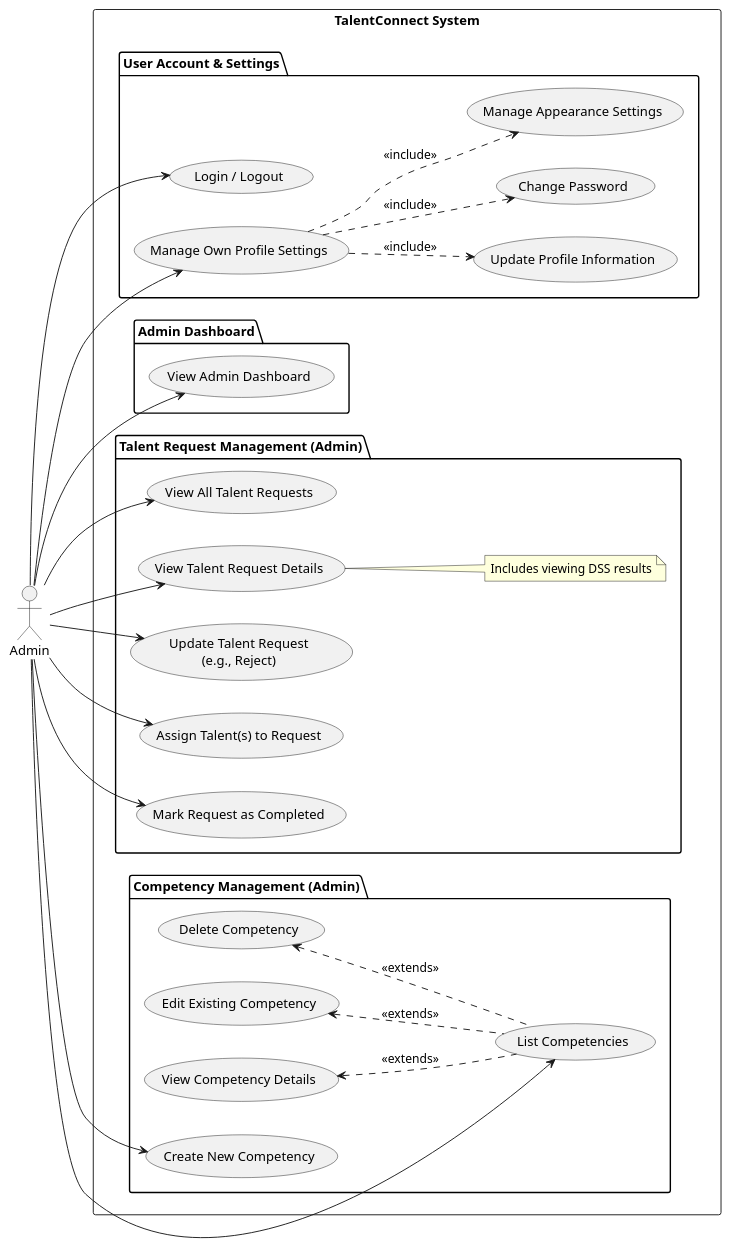
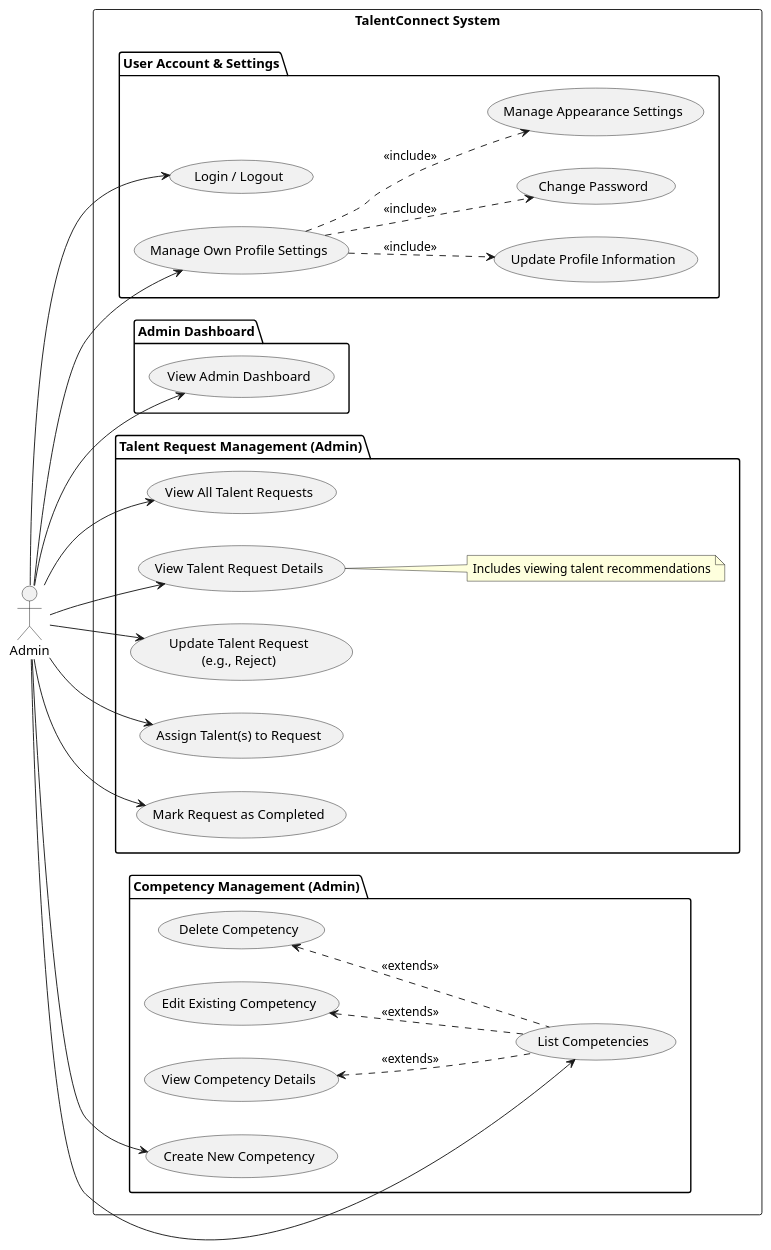
The diagram in Mermaid UML/use case diagram admin.plantuml (septianshft/Talent-engine-TA), drawn with PlantUML before and after one commit. The commit also changed 83 other files, not shown here.

```diff
--- a/Mermaid UML/use case diagram admin.plantuml
+++ b/Mermaid UML/use case diagram admin.plantuml
@@ -1,57 +1,57 @@
 @startuml Sistem TalentConnect_ID
 left to right direction
 actor Admin
 
 rectangle "TalentConnect System" {
 
   package "User Account & Settings" {
     usecase UC_Admin_Login as "Login / Logout"
     usecase UC_Admin_ManageProfile as "Manage Own Profile Settings"
     (UC_Admin_ManageProfile) ..> (Update Profile Information) : <<include>>
     (UC_Admin_ManageProfile) ..> (Change Password) : <<include>>
     (UC_Admin_ManageProfile) ..> (Manage Appearance Settings) : <<include>>
   }
 
   package "Admin Dashboard" {
     usecase UC_Admin_ViewDashboard as "View Admin Dashboard"
   }
 
   package "Talent Request Management (Admin)" {
     usecase UC_Admin_ViewAllRequests as "View All Talent Requests"
     usecase UC_Admin_ViewRequestDetails as "View Talent Request Details"
     usecase UC_Admin_UpdateRequest as "Update Talent Request\n(e.g., Reject)"
     usecase UC_Admin_AssignTalents as "Assign Talent(s) to Request"
     usecase UC_Admin_MarkComplete as "Mark Request as Completed"
-    note right of UC_Admin_ViewRequestDetails : Includes viewing DSS results
+    note right of UC_Admin_ViewRequestDetails : Includes viewing talent recommendations
   }
 
   package "Competency Management (Admin)" {
     usecase UC_Admin_ListCompetencies as "List Competencies"
     usecase UC_Admin_CreateCompetency as "Create New Competency"
     usecase UC_Admin_ViewCompetency as "View Competency Details"
     usecase UC_Admin_EditCompetency as "Edit Existing Competency"
     usecase UC_Admin_DeleteCompetency as "Delete Competency"
 
     (UC_Admin_ListCompetencies) .up.> (UC_Admin_ViewCompetency) : <<extends>>
     (UC_Admin_ListCompetencies) .up.> (UC_Admin_EditCompetency) : <<extends>>
     (UC_Admin_ListCompetencies) .up.> (UC_Admin_DeleteCompetency) : <<extends>>
   }
 }
 
 Admin --> UC_Admin_Login
 Admin --> UC_Admin_ManageProfile
 Admin --> UC_Admin_ViewDashboard
 
 Admin --> UC_Admin_ViewAllRequests
 Admin --> UC_Admin_ViewRequestDetails
 Admin --> UC_Admin_UpdateRequest
 Admin --> UC_Admin_AssignTalents
 Admin --> UC_Admin_MarkComplete
 
 Admin --> UC_Admin_ListCompetencies
 Admin --> UC_Admin_CreateCompetency
 ' Admin --> UC_Admin_ViewCompetency (Accessed via List)
 ' Admin --> UC_Admin_EditCompetency (Accessed via List)
 ' Admin --> UC_Admin_DeleteCompetency (Accessed via List)
 
 @enduml
```
